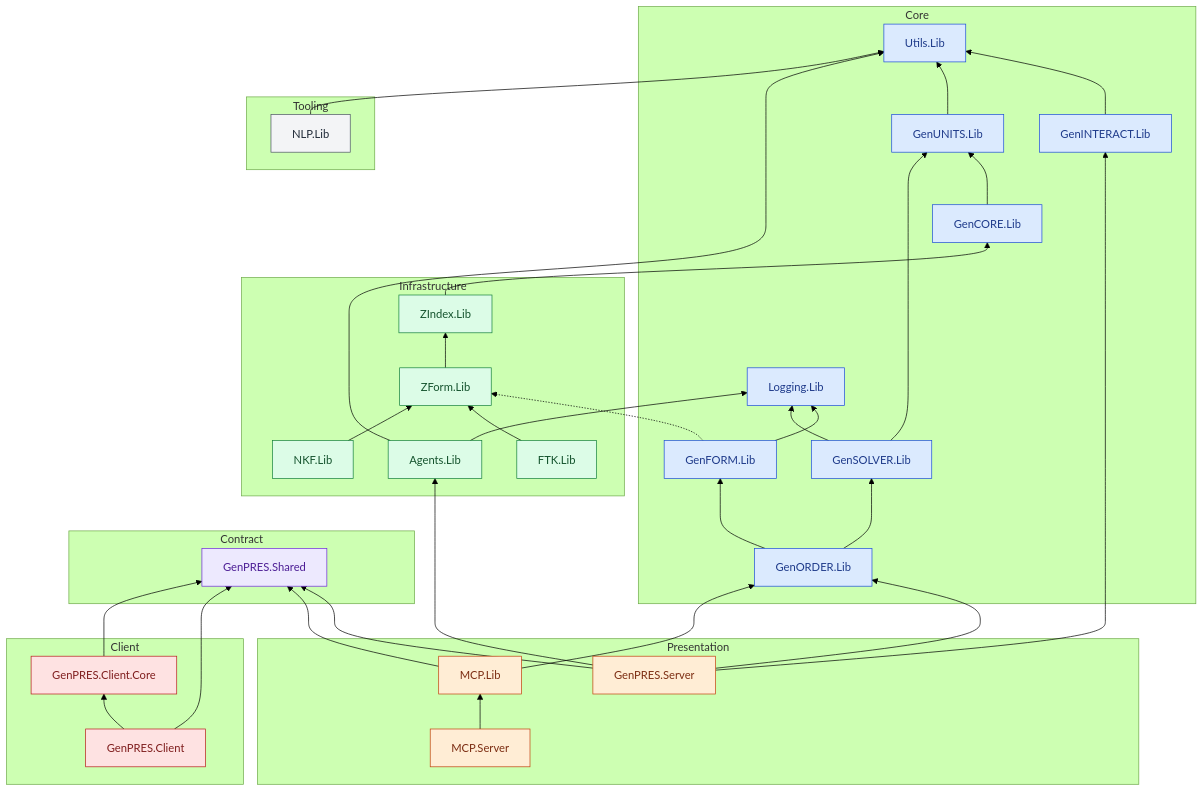
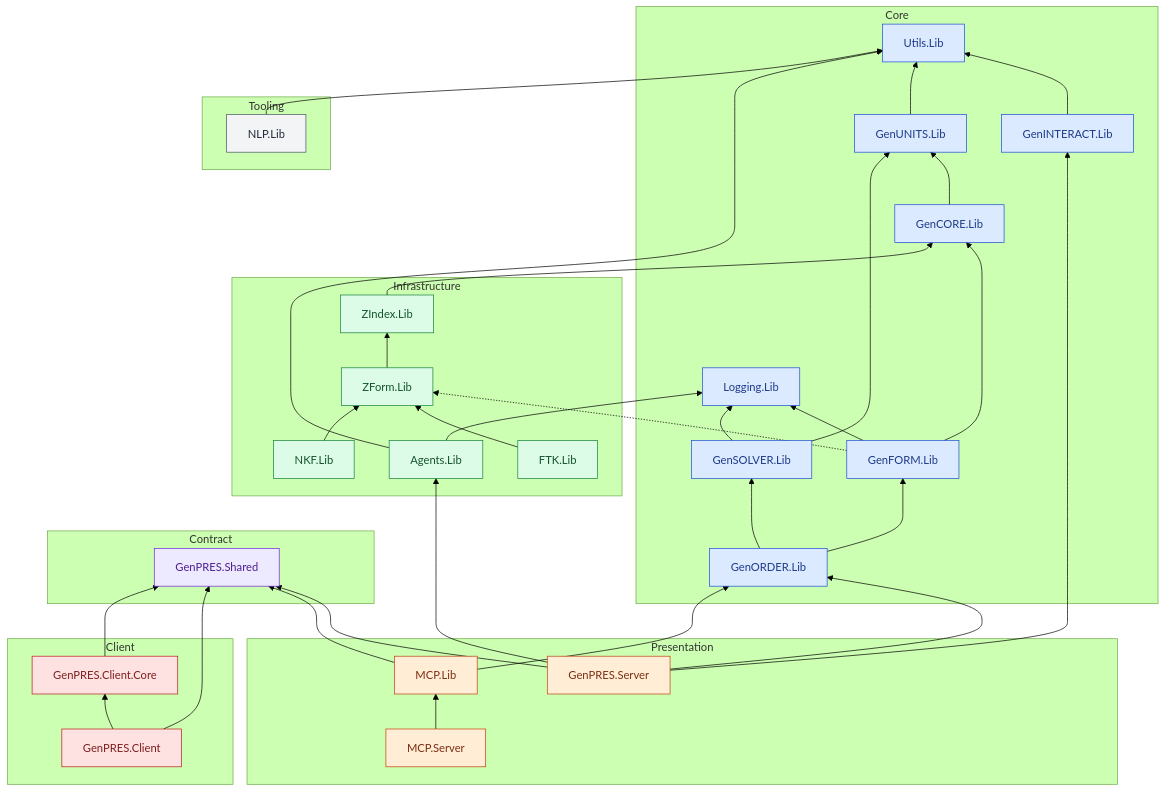
The diagram in ARCHITECTURE.md (informedica/GenPRES), drawn with Mermaid (forest theme) before and after one commit. The commit also changed other lines of this file and 4 other files, not shown here.

````diff
--- a/ARCHITECTURE.md
+++ b/ARCHITECTURE.md
@@ -23,73 +23,74 @@
 ```mermaid
 graph BT
     subgraph Core
         GenCORE_Lib["GenCORE.Lib"]
         GenFORM_Lib["GenFORM.Lib"]
         GenINTERACT_Lib["GenINTERACT.Lib"]
         GenORDER_Lib["GenORDER.Lib"]
         GenSOLVER_Lib["GenSOLVER.Lib"]
         GenUNITS_Lib["GenUNITS.Lib"]
         Logging_Lib["Logging.Lib"]
         Utils_Lib["Utils.Lib"]
     end
     subgraph Contract
         GenPRES_Shared["GenPRES.Shared"]
     end
     subgraph Infrastructure
         Agents_Lib["Agents.Lib"]
         FTK_Lib["FTK.Lib"]
         NKF_Lib["NKF.Lib"]
         ZForm_Lib["ZForm.Lib"]
         ZIndex_Lib["ZIndex.Lib"]
     end
     subgraph Presentation
         GenPRES_Server["GenPRES.Server"]
         MCP_Lib["MCP.Lib"]
         MCP_Server["MCP.Server"]
     end
     subgraph Client
         GenPRES_Client["GenPRES.Client"]
         GenPRES_Client_Core["GenPRES.Client.Core"]
     end
     subgraph Tooling
         NLP_Lib["NLP.Lib"]
     end
     GenCORE_Lib --> GenUNITS_Lib
+    GenFORM_Lib --> GenCORE_Lib
     GenFORM_Lib --> Logging_Lib
     GenFORM_Lib -.-> ZForm_Lib
     GenINTERACT_Lib --> Utils_Lib
     GenORDER_Lib --> GenSOLVER_Lib
     GenORDER_Lib --> GenFORM_Lib
     GenSOLVER_Lib --> GenUNITS_Lib
     GenSOLVER_Lib --> Logging_Lib
     GenUNITS_Lib --> Utils_Lib
     Agents_Lib --> Utils_Lib
     Agents_Lib --> Logging_Lib
     FTK_Lib --> ZForm_Lib
     NKF_Lib --> ZForm_Lib
     ZForm_Lib --> ZIndex_Lib
     ZIndex_Lib --> GenCORE_Lib
     GenPRES_Server --> GenPRES_Shared
     GenPRES_Server --> GenORDER_Lib
     GenPRES_Server --> GenINTERACT_Lib
     GenPRES_Server --> Agents_Lib
     MCP_Lib --> GenORDER_Lib
     MCP_Lib --> GenPRES_Shared
     MCP_Server --> MCP_Lib
     GenPRES_Client --> GenPRES_Client_Core
     GenPRES_Client --> GenPRES_Shared
     GenPRES_Client_Core --> GenPRES_Shared
     NLP_Lib --> Utils_Lib
     classDef Core fill:#dbeafe,stroke:#1d4ed8,color:#1e3a8a
     class GenCORE_Lib,GenFORM_Lib,GenINTERACT_Lib,GenORDER_Lib,GenSOLVER_Lib,GenUNITS_Lib,Logging_Lib,Utils_Lib Core
     classDef Contract fill:#ede9fe,stroke:#6d28d9,color:#4c1d95
     class GenPRES_Shared Contract
     classDef Infrastructure fill:#dcfce7,stroke:#15803d,color:#14532d
     class Agents_Lib,FTK_Lib,NKF_Lib,ZForm_Lib,ZIndex_Lib Infrastructure
     classDef Presentation fill:#ffedd5,stroke:#c2410c,color:#7c2d12
     class GenPRES_Server,MCP_Lib,MCP_Server Presentation
     classDef Client fill:#fee2e2,stroke:#b91c1c,color:#7f1d1d
     class GenPRES_Client,GenPRES_Client_Core Client
     classDef Tooling fill:#f3f4f6,stroke:#4b5563,color:#1f2937
     class NLP_Lib Tooling
 ```
````
